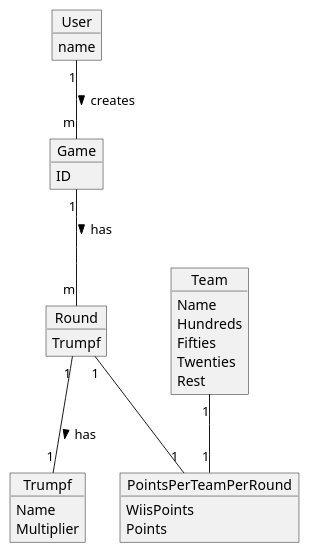
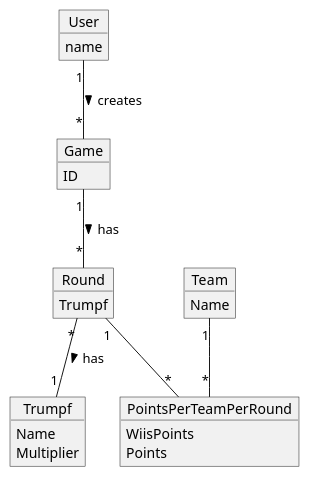
Before and after one commit to moschi/VSS_CT: the diagram in erd.plantuml, drawn with PlantUML.

```diff
--- a/erd.plantuml
+++ b/erd.plantuml
@@ -1,39 +1,35 @@
 @startuml ERD
 
 object User {
     name
 }
 
 object Game {
     ID
 }
 
 object Team {
     Name
-    Hundreds
-    Fifties
-    Twenties
-    Rest
 }
 
 object Round {
     Trumpf
 }
 
 object PointsPerTeamPerRound {
     WiisPoints
     Points
 }
 
 object Trumpf {
     Name
     Multiplier
 }
 
-User "1" -- "m" Game : creates >
-Game "1" -- "m" Round : has >
-Round "1" -- "1" Trumpf : has >
-Round "1" -- "1" PointsPerTeamPerRound
-Team "1" -- "1" PointsPerTeamPerRound
+User "1" -- "*" Game : creates >
+Game "1" -- "*" Round : has >
+Round "*" -- "1" Trumpf : has >
+Round "1" -- "*" PointsPerTeamPerRound
+Team "1" -- "*" PointsPerTeamPerRound
 
 @enduml
```
